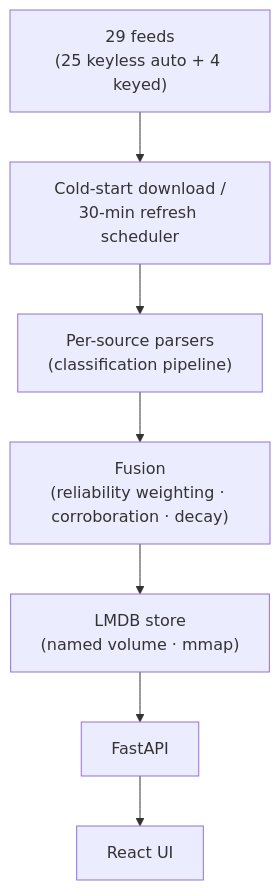
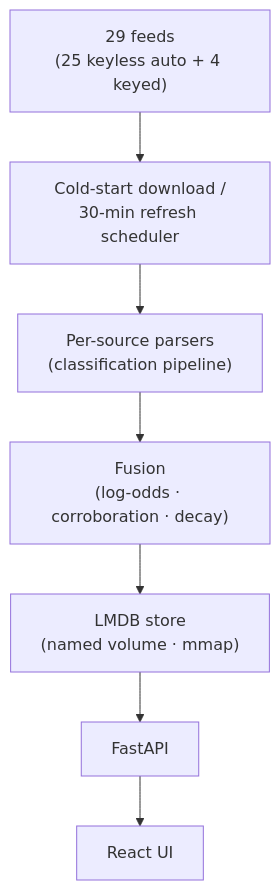
One commit to steponeerror/ip-radar changed the diagram in README.md. Above: the diagram before and after it, drawn with Mermaid. The commit also changed other lines of this file and 2 other files, not shown here.

Commit message:
docs: conf 0 语义/alternatives 说明与 README 评分段落同步 log-odds 模型(spec §6)

````diff
--- a/README.md
+++ b/README.md
@@ -145,9 +145,9 @@
 ```mermaid
 flowchart TD
     A["29 feeds<br/>(25 keyless auto + 4 keyed)"] --> B["Cold-start download /<br/>30-min refresh scheduler"]
     B --> C["Per-source parsers<br/>(classification pipeline)"]
-    C --> D["Fusion<br/>(reliability weighting · corroboration · decay)"]
+    C --> D["Fusion<br/>(log-odds · corroboration · decay)"]
     D --> E["LMDB store<br/>(named volume · mmap)"]
     E --> F["FastAPI"]
     F --> G["React UI"]
 ```
````
